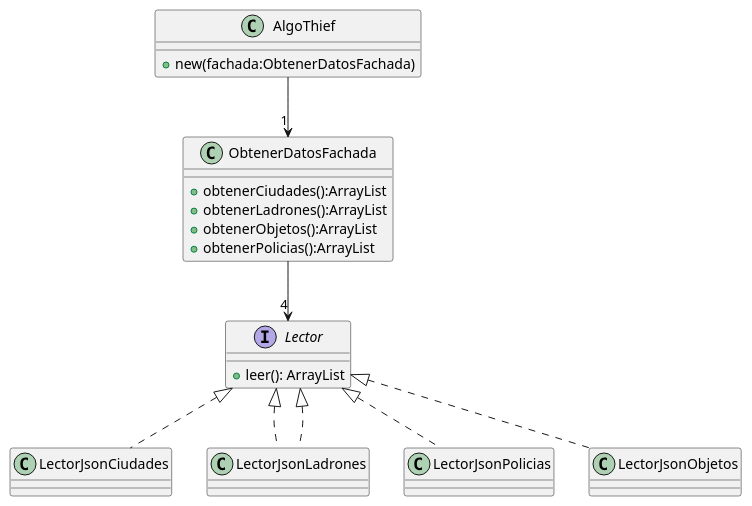
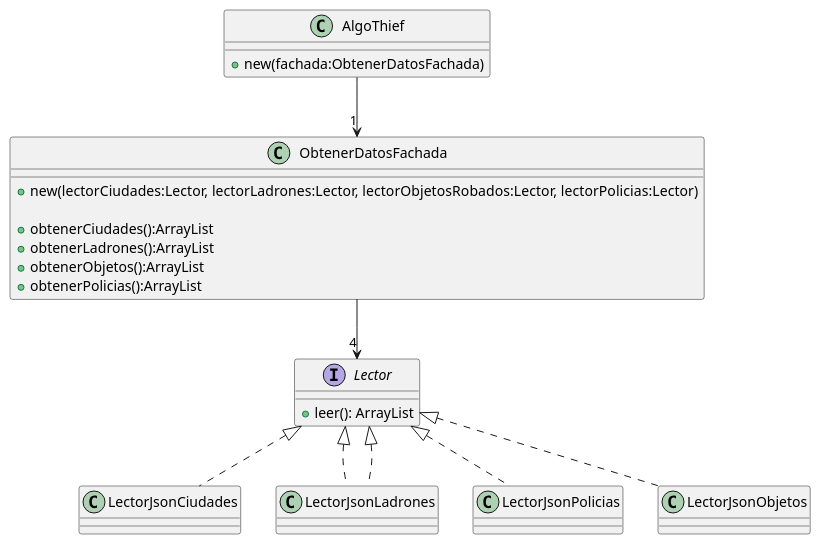
Before and after one commit to avilagaston9/algo3_tp2: the diagram in diagrams/Clase/FachadaYLectores.puml, drawn with PlantUML. The commit also changed 36 other files, not shown here.

```diff
--- a/diagrams/Clase/FachadaYLectores.puml
+++ b/diagrams/Clase/FachadaYLectores.puml
@@ -1,34 +1,37 @@
 @startuml
 class AlgoThief{
     + new(fachada:ObtenerDatosFachada)
 }
 
 class ObtenerDatosFachada{
+
+    + new(lectorCiudades:Lector, lectorLadrones:Lector, lectorObjetosRobados:Lector, lectorPolicias:Lector)
+
     + obtenerCiudades():ArrayList
     + obtenerLadrones():ArrayList
     + obtenerObjetos():ArrayList
     + obtenerPolicias():ArrayList
 
 }
 
 interface Lector{
     + leer(): ArrayList
 }
 
 class LectorJsonCiudades{
 }
 
 class LectorJsonLadrones{}
 
 class LectorJsonPolicias{}
 
 class LectorJsonObjetos{}
 
 AlgoThief -down->"1" ObtenerDatosFachada
 ObtenerDatosFachada -down->"4" Lector
 LectorJsonCiudades .up.|> Lector
 LectorJsonLadrones .up.|> Lector
 LectorJsonLadrones .up.|> Lector
 LectorJsonPolicias .up.|> Lector
 LectorJsonObjetos .up.|> Lector
 @enduml
```
